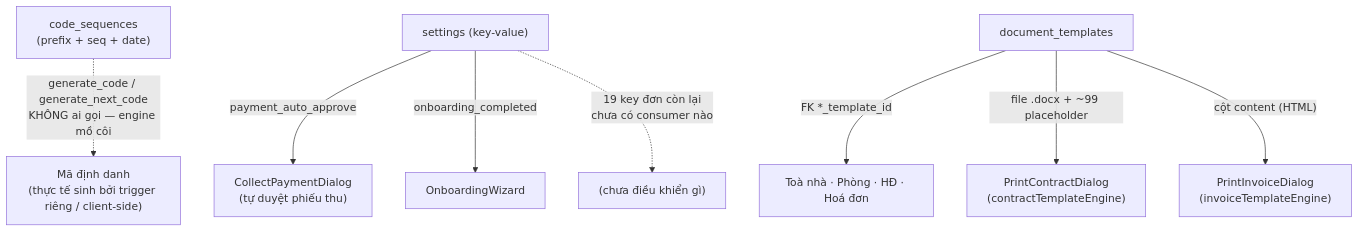
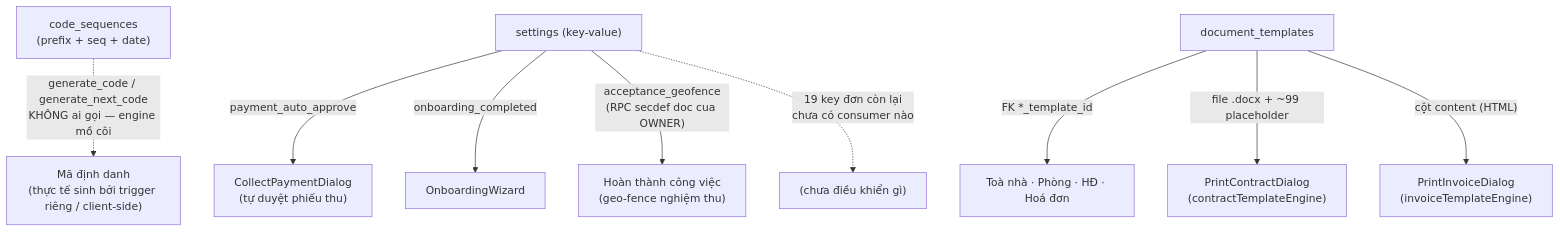
One commit to zxGreenxz/whiteboard-ihomecrm changed the second of 4 diagrams in docs/he-thong/14-cai-dat-danh-muc-tai-lieu.md. Above: the diagram before and after it, drawn with Mermaid. The commit also changed other lines of this file and 20 other files, not shown here.

````diff
--- a/docs/he-thong/14-cai-dat-danh-muc-tai-lieu.md
+++ b/docs/he-thong/14-cai-dat-danh-muc-tai-lieu.md
@@ -195,10 +213,11 @@
 ```mermaid
 flowchart TD
     seq["code_sequences<br/>(prefix + seq + date)"] -.->|"generate_code / generate_next_code<br/>KHÔNG ai gọi — engine mồ côi"| codes["Mã định danh<br/>(thực tế sinh bởi trigger riêng / client-side)"]
     settings["settings (key-value)"] -->|payment_auto_approve| collect["CollectPaymentDialog<br/>(tự duyệt phiếu thu)"]
     settings -->|onboarding_completed| onboard["OnboardingWizard"]
+    settings -->|"acceptance_geofence<br/>(RPC secdef doc cua OWNER)"| geo["Hoàn thành công việc<br/>(geo-fence nghiệm thu)"]
     settings -.->|"19 key đơn còn lại<br/>chưa có consumer nào"| ghost["(chưa điều khiển gì)"]
     tpl["document_templates"] -->|FK *_template_id| domains["Toà nhà · Phòng · HĐ · Hoá đơn"]
     tpl -->|"file .docx + ~99 placeholder"| pc["PrintContractDialog<br/>(contractTemplateEngine)"]
     tpl -->|"cột content (HTML)"| pi["PrintInvoiceDialog<br/>(invoiceTemplateEngine)"]
 ```
````
